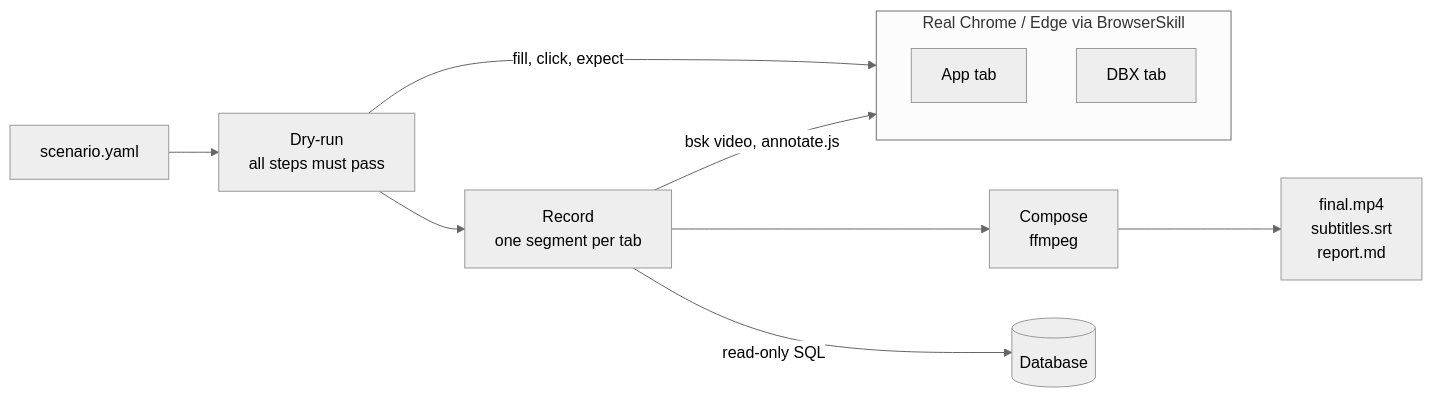
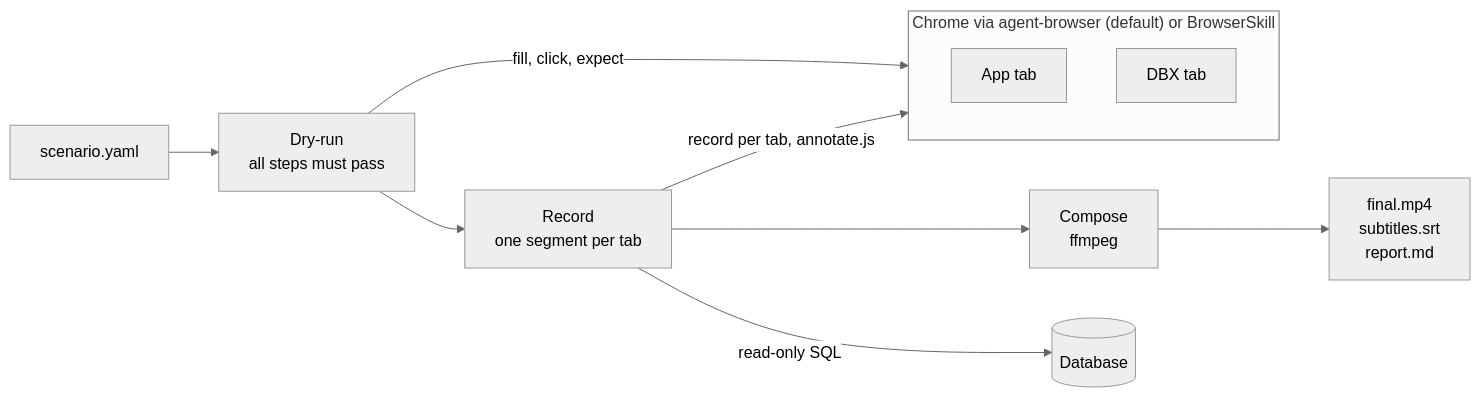
Before and after one commit to 2tsoftwareapp/TIRAI: the diagram in README.md, drawn with Mermaid (neutral theme). The commit also changed other lines of this file and 19 other files, not shown here.

Commit message:
feat: agent-browser driver (default), version-aware ffmpeg setup, DBX web install + tirai dbx

````diff
--- a/README.md
+++ b/README.md
@@ -127,15 +130,15 @@
 ```mermaid
 flowchart LR
     S["scenario.yaml"] --> D["Dry-run<br/>all steps must pass"]
     D --> R["Record<br/>one segment per tab"]
     R --> C["Compose<br/>ffmpeg"]
     C --> O["final.mp4<br/>subtitles.srt<br/>report.md"]
 
-    subgraph Browser["Real Chrome / Edge via BrowserSkill"]
+    subgraph Browser["Chrome via agent-browser (default) or BrowserSkill"]
         A["App tab"]
         B["DBX tab"]
     end
     D -->|"fill, click, expect"| Browser
-    R -->|"bsk video, annotate.js"| Browser
+    R -->|"record per tab, annotate.js"| Browser
     R -->|"read-only SQL"| DB[("Database")]
 ```
````
